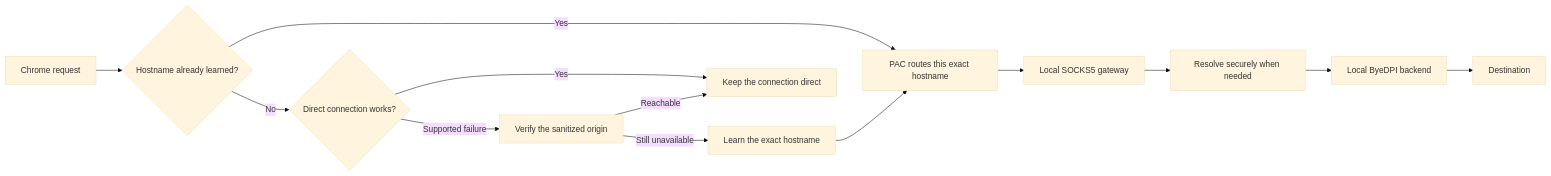
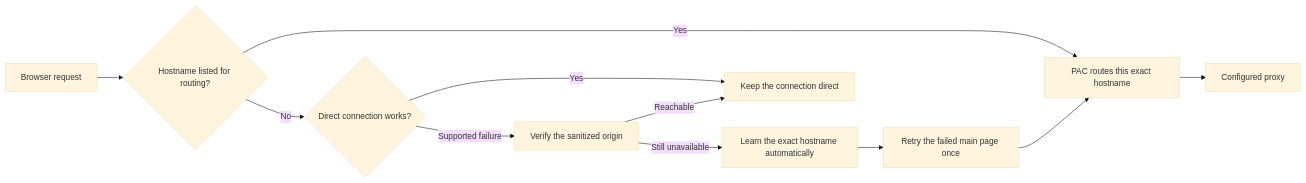
Before and after one commit to EzerchE/selective-access: the diagram in README.md, drawn with Mermaid (base theme). The commit also changed other lines of this file and 1 other file, not shown here.

Commit message:
Clarify automatic routing and browser installation (#71)

````diff
--- a/README.md
+++ b/README.md
@@ -27,15 +29,13 @@
 ```mermaid
 flowchart LR
-    A[Chrome request] --> B{Hostname already learned?}
+    A[Browser request] --> B{Hostname listed for routing?}
     B -->|Yes| F[PAC routes this exact hostname]
     B -->|No| C{Direct connection works?}
     C -->|Yes| D[Keep the connection direct]
     C -->|Supported failure| E[Verify the sanitized origin]
     E -->|Reachable| D
-    E -->|Still unavailable| G[Learn the exact hostname]
-    G --> F
-    F --> H[Local SOCKS5 gateway]
-    H --> I[Resolve securely when needed]
-    I --> J[Local ByeDPI backend]
-    J --> K[Destination]
+    E -->|Still unavailable| G[Learn the exact hostname automatically]
+    G --> J[Retry the failed main page once]
+    J --> F
+    F --> H[Configured proxy]
 ```
````
